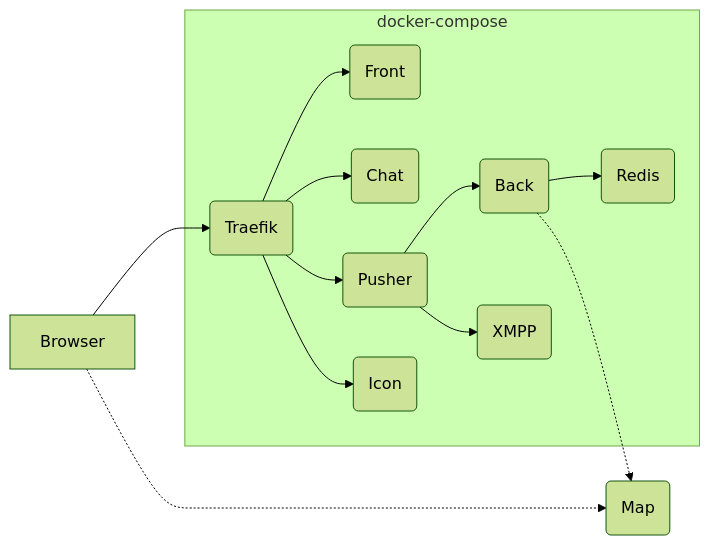
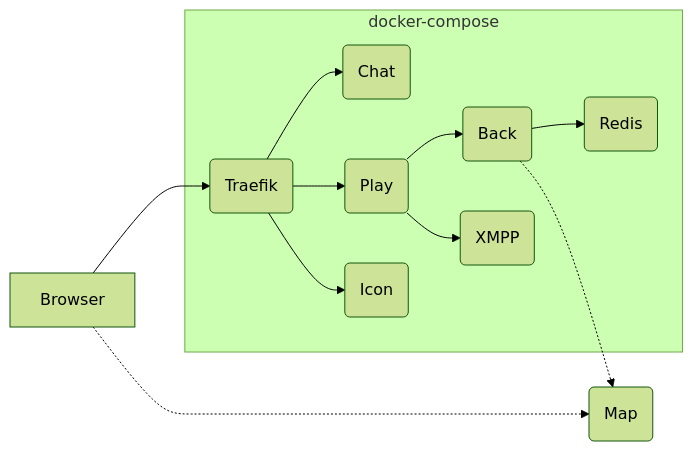
Before and after one commit to happydeveloper0305/workadventure: the diagram in contrib/docker/README.md, drawn with Mermaid (forest theme). The commit also changed other lines of this file, not shown here.

Commit message:
docs(contrib): fix self-hosted docker-compose diagram
This MR adapts the self-hosted docker-compose diagram to include
the `play` container. Also removes the front and pusher containers
which do not exist anymore in the current docker-compse files.

````diff
--- a/contrib/docker/README.md
+++ b/contrib/docker/README.md
@@ -19,15 +19,14 @@
 ```mermaid
 graph LR
     A[Browser] --> B(Traefik)
     subgraph docker-compose
-    B --> C(Front)
     B --> I(Chat)
-    B --> D(Pusher)
+    B --> D(Play)
     B --> E(Icon)
     D --> F(Back)
     F --> G(Redis)
     D --> J(XMPP)
     end
     A .-> H(Map)
     F .-> H
 ```
````
